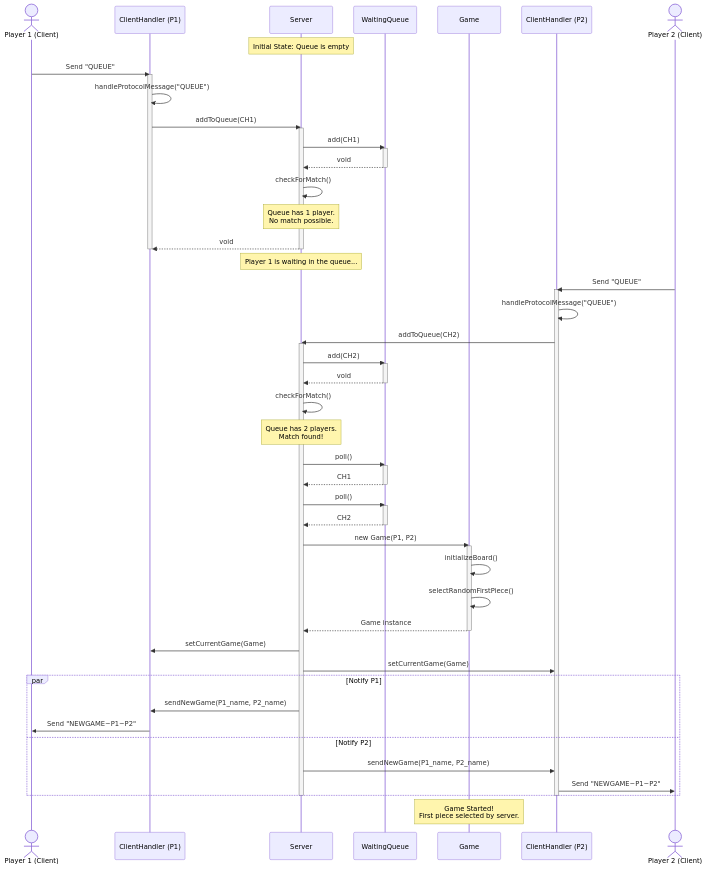
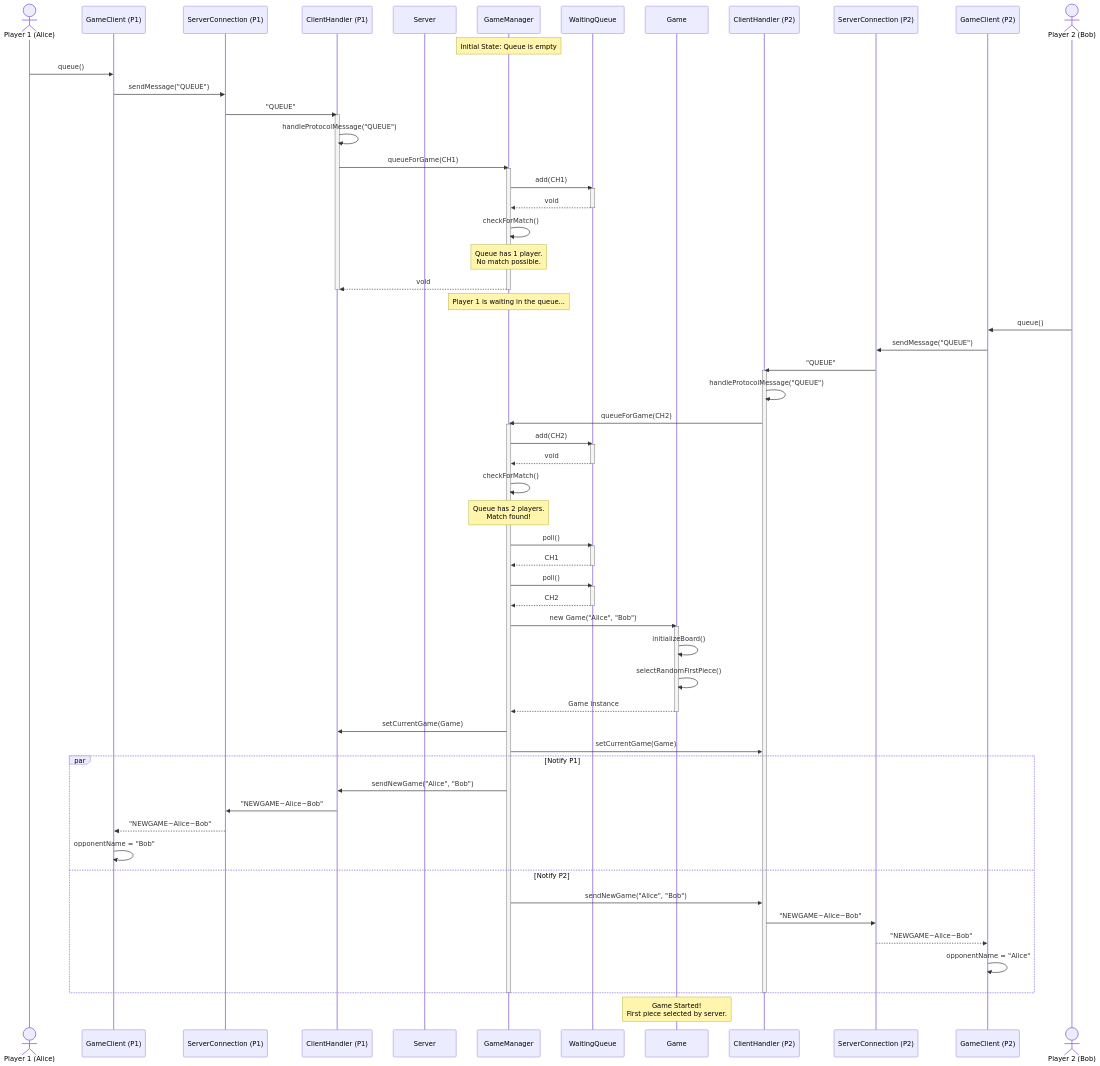
The second of 5 diagrams in Diagrams/sequence_diagram.md (ramzxy/quarto), drawn with Mermaid before and after one commit. The commit also changed other lines of this file, not shown here.

Commit message:
updated sequence diagram

````diff
--- a/Diagrams/sequence_diagram.md
+++ b/Diagrams/sequence_diagram.md
@@ -5,73 +66,86 @@
 ```mermaid
 sequenceDiagram
-    actor P1 as Player 1 (Client)
+    actor P1 as Player 1 (Alice)
+    participant GC1 as GameClient (P1)
+    participant Conn1 as ServerConnection (P1)
     participant CH1 as ClientHandler (P1)
     participant S as Server
+    participant GM as GameManager
     participant Q as WaitingQueue
     participant Game as Game
     participant CH2 as ClientHandler (P2)
-    actor P2 as Player 2 (Client)
+    participant Conn2 as ServerConnection (P2)
+    participant GC2 as GameClient (P2)
+    actor P2 as Player 2 (Bob)
 
-    Note over S: Initial State: Queue is empty
+    Note over GM: Initial State: Queue is empty
 
-    P1->>CH1: Send "QUEUE"
+    P1->>GC1: queue()
+    GC1->>Conn1: sendMessage("QUEUE")
+    Conn1->>CH1: "QUEUE"
     activate CH1
     CH1->>CH1: handleProtocolMessage("QUEUE")
-    CH1->>S: addToQueue(CH1)
-    activate S
-    S->>Q: add(CH1)
+    CH1->>GM: queueForGame(CH1)
+    activate GM
+    GM->>Q: add(CH1)
     activate Q
-    Q-->>S: void
+    Q-->>GM: void
     deactivate Q
-    S->>S: checkForMatch()
-    Note over S: Queue has 1 player.<br/>No match possible.
-    S-->>CH1: void
-    deactivate S
+    GM->>GM: checkForMatch()
+    Note over GM: Queue has 1 player.<br/>No match possible.
+    GM-->>CH1: void
+    deactivate GM
     deactivate CH1
 
-    Note over S: Player 1 is waiting in the queue...
+    Note over GM: Player 1 is waiting in the queue...
 
-    P2->>CH2: Send "QUEUE"
+    P2->>GC2: queue()
+    GC2->>Conn2: sendMessage("QUEUE")
+    Conn2->>CH2: "QUEUE"
     activate CH2
     CH2->>CH2: handleProtocolMessage("QUEUE")
-    CH2->>S: addToQueue(CH2)
-    activate S
-    S->>Q: add(CH2)
+    CH2->>GM: queueForGame(CH2)
+    activate GM
+    GM->>Q: add(CH2)
     activate Q
-    Q-->>S: void
+    Q-->>GM: void
     deactivate Q
     
-    S->>S: checkForMatch()
-    Note over S: Queue has 2 players.<br/>Match found!
+    GM->>GM: checkForMatch()
+    Note over GM: Queue has 2 players.<br/>Match found!
     
-    S->>Q: poll()
+    GM->>Q: poll()
     activate Q
-    Q-->>S: CH1
+    Q-->>GM: CH1
     deactivate Q
-    S->>Q: poll()
+    GM->>Q: poll()
     activate Q
-    Q-->>S: CH2
+    Q-->>GM: CH2
     deactivate Q
 
-    S->>Game: new Game(P1, P2)
+    GM->>Game: new Game("Alice", "Bob")
     activate Game
     Game->>Game: initializeBoard()
     Game->>Game: selectRandomFirstPiece()
-    Game-->>S: Game instance
+    Game-->>GM: Game instance
     deactivate Game
 
-    S->>CH1: setCurrentGame(Game)
-    S->>CH2: setCurrentGame(Game)
+    GM->>CH1: setCurrentGame(Game)
+    GM->>CH2: setCurrentGame(Game)
     
     par Notify P1
-        S->>CH1: sendNewGame(P1_name, P2_name)
-        CH1->>P1: Send "NEWGAME~P1~P2"
+        GM->>CH1: sendNewGame("Alice", "Bob")
+        CH1->>Conn1: "NEWGAME~Alice~Bob"
+        Conn1-->>GC1: "NEWGAME~Alice~Bob"
+        GC1->>GC1: opponentName = "Bob"
     and Notify P2
-        S->>CH2: sendNewGame(P1_name, P2_name)
-        CH2->>P2: Send "NEWGAME~P1~P2"
+        GM->>CH2: sendNewGame("Alice", "Bob")
+        CH2->>Conn2: "NEWGAME~Alice~Bob"
+        Conn2-->>GC2: "NEWGAME~Alice~Bob"
+        GC2->>GC2: opponentName = "Alice"
     end
     
-    deactivate S
+    deactivate GM
     deactivate CH2
 
     Note over Game: Game Started!<br/>First piece selected by server.
````
